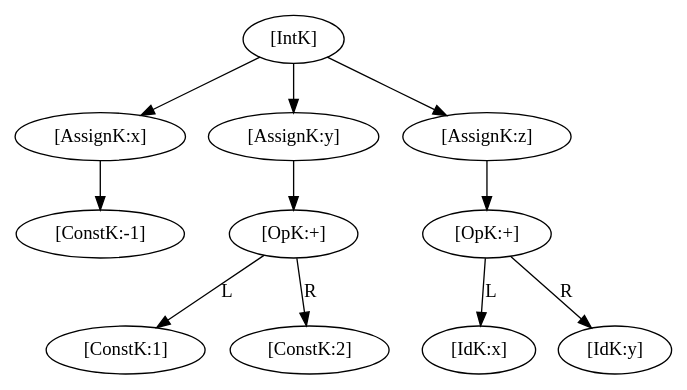
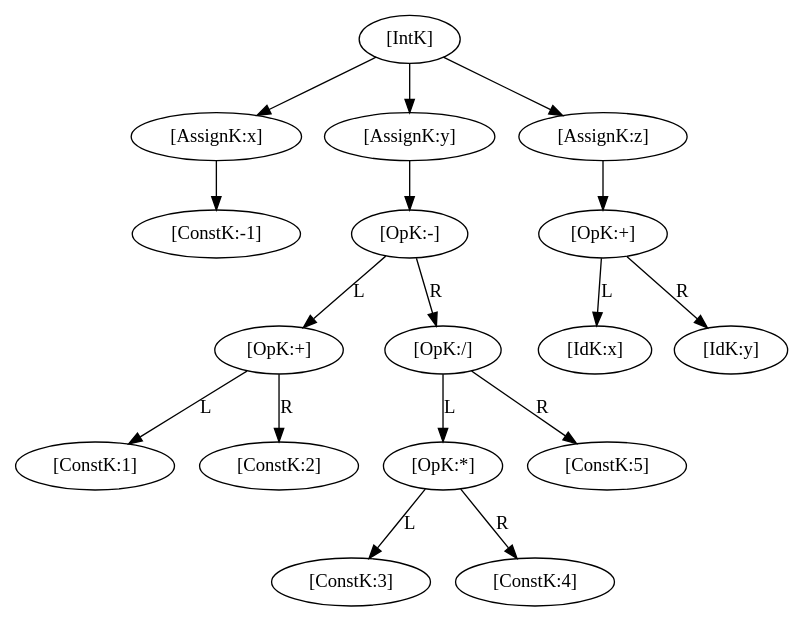
Before and after one commit to scu-dev/TINY: the diagram in 20260506_week9_exp2/test3.dot, drawn with Graphviz. The commit also changed 28 other files, not shown here.

```diff
--- a/20260506_week9_exp2/test3.dot
+++ b/20260506_week9_exp2/test3.dot
@@ -1,23 +1,35 @@
 digraph SyntaxTree {
-"1782580464"[label = "[IntK]"];
-"1782580624"[label = "[AssignK:x]"];
-"1782579184"[label = "[ConstK:-1]"];
-"1782580624"->{"1782579184"};
-"1782580464"->{"1782580624"};
-"1782579744"[label = "[AssignK:y]"];
-"1782580224"[label = "[OpK:+]"];
-"1782580064"[label = "[ConstK:1]"];
-"1782580144"[label = "[ConstK:2]"];
-"1782580224"->"1782580064"[label = "L"];
-"1782580224"->"1782580144"[label = "R"];
-"1782579744"->{"1782580224"};
-"1782580464"->{"1782579744"};
-"1782579504"[label = "[AssignK:z]"];
-"1782579824"[label = "[OpK:+]"];
-"1782579584"[label = "[IdK:x]"];
-"1782580704"[label = "[IdK:y]"];
-"1782579824"->"1782579584"[label = "L"];
-"1782579824"->"1782580704"[label = "R"];
-"1782579504"->{"1782579824"};
-"1782580464"->{"1782579504"};
+"0000021009F7EE20"[label = "[IntK]"];
+"0000021009F7EF10"[label = "[AssignK:x]"];
+"0000021009F7F320"[label = "[ConstK:-1]"];
+"0000021009F7EF10"->"0000021009F7F320";
+"0000021009F7EE20"->"0000021009F7EF10";
+"0000021009F7F2D0"[label = "[AssignK:y]"];
+"0000021009F7EDD0"[label = "[OpK:-]"];
+"0000021009F7F370"[label = "[OpK:+]"];
+"0000021009F7F1E0"[label = "[ConstK:1]"];
+"0000021009F7EEC0"[label = "[ConstK:2]"];
+"0000021009F7F370"->"0000021009F7F1E0"[label = "L"];
+"0000021009F7F370"->"0000021009F7EEC0"[label = "R"];
+"0000021009F7F0F0"[label = "[OpK:/]"];
+"0000021009F7EE70"[label = "[OpK:*]"];
+"0000021009F7F410"[label = "[ConstK:3]"];
+"0000021009F7EFB0"[label = "[ConstK:4]"];
+"0000021009F7EE70"->"0000021009F7F410"[label = "L"];
+"0000021009F7EE70"->"0000021009F7EFB0"[label = "R"];
+"0000021009F7EF60"[label = "[ConstK:5]"];
+"0000021009F7F0F0"->"0000021009F7EE70"[label = "L"];
+"0000021009F7F0F0"->"0000021009F7EF60"[label = "R"];
+"0000021009F7EDD0"->"0000021009F7F370"[label = "L"];
+"0000021009F7EDD0"->"0000021009F7F0F0"[label = "R"];
+"0000021009F7F2D0"->"0000021009F7EDD0";
+"0000021009F7EE20"->"0000021009F7F2D0";
+"0000021009F7F000"[label = "[AssignK:z]"];
+"0000021009F7F0A0"[label = "[OpK:+]"];
+"0000021009F7F3C0"[label = "[IdK:x]"];
+"0000021009F7F140"[label = "[IdK:y]"];
+"0000021009F7F0A0"->"0000021009F7F3C0"[label = "L"];
+"0000021009F7F0A0"->"0000021009F7F140"[label = "R"];
+"0000021009F7F000"->"0000021009F7F0A0";
+"0000021009F7EE20"->"0000021009F7F000";
 }
```
